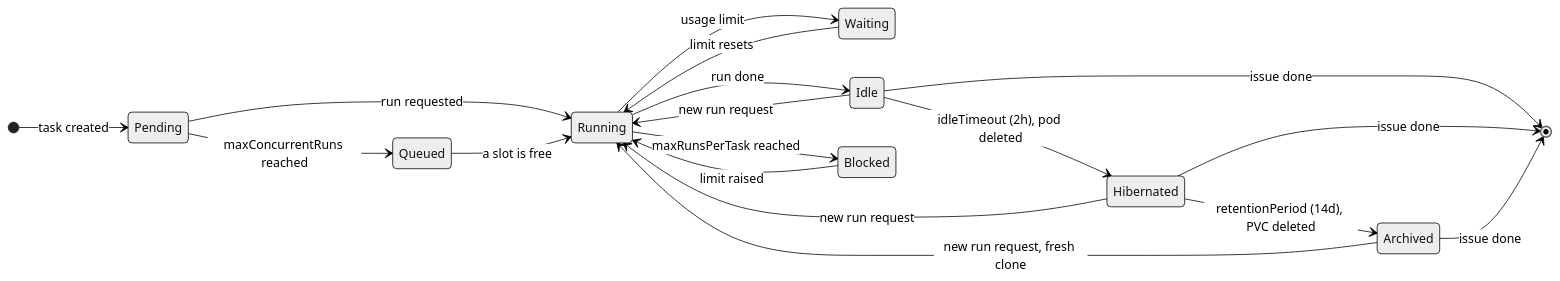
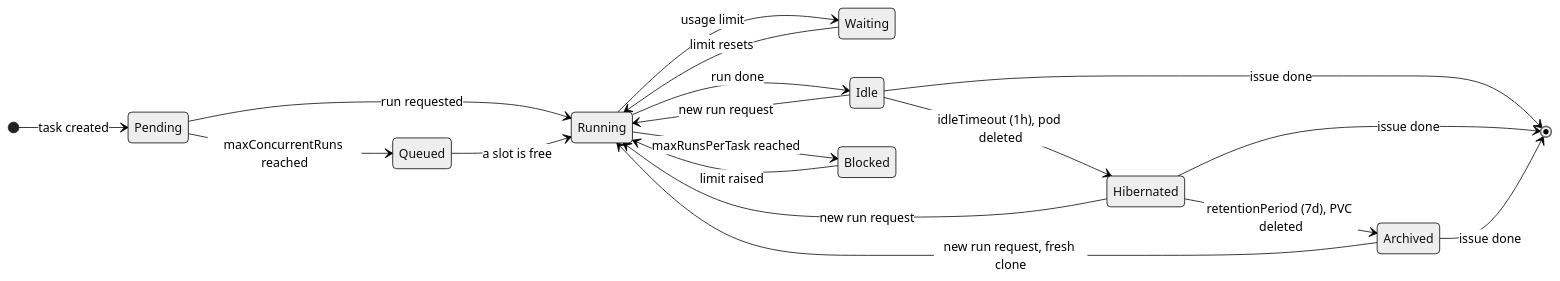
Before and after one commit to jonathanwiemers/ai-operator: the fourth of 6 diagrams in docs/design.md, drawn with Mermaid (neutral theme). The commit also changed 6 other files, not shown here.

First line of the commit message:
feat(api): shorter lifecycle defaults (idle 1h, retention 7 days) (#14)

````diff
--- a/docs/design.md
+++ b/docs/design.md
@@ -188,21 +188,21 @@
 ```mermaid
 stateDiagram-v2
     direction LR
     [*] --> Pending: task created
     Pending --> Running: run requested
     Pending --> Queued: maxConcurrentRuns reached
     Queued --> Running: a slot is free
     Running --> Waiting: usage limit
     Waiting --> Running: limit resets
     Running --> Idle: run done
     Idle --> Running: new run request
-    Idle --> Hibernated: idleTimeout (2h), pod deleted
+    Idle --> Hibernated: idleTimeout (1h), pod deleted
     Hibernated --> Running: new run request
-    Hibernated --> Archived: retentionPeriod (14d), PVC deleted
+    Hibernated --> Archived: retentionPeriod (7d), PVC deleted
     Archived --> Running: new run request, fresh clone
     Running --> Blocked: maxRunsPerTask reached
     Blocked --> Running: limit raised
     Idle --> [*]: issue done
     Hibernated --> [*]: issue done
     Archived --> [*]: issue done
 ```
````
